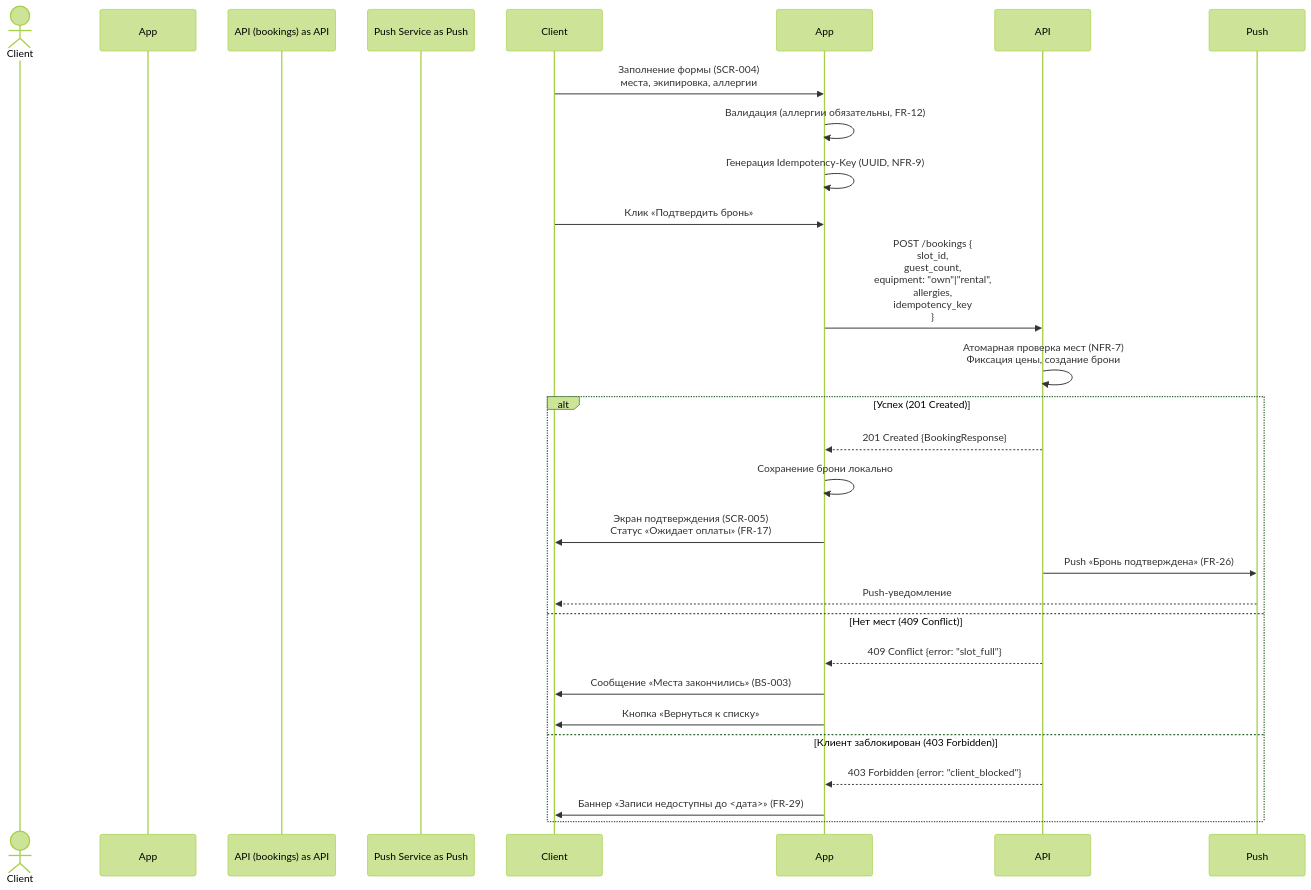
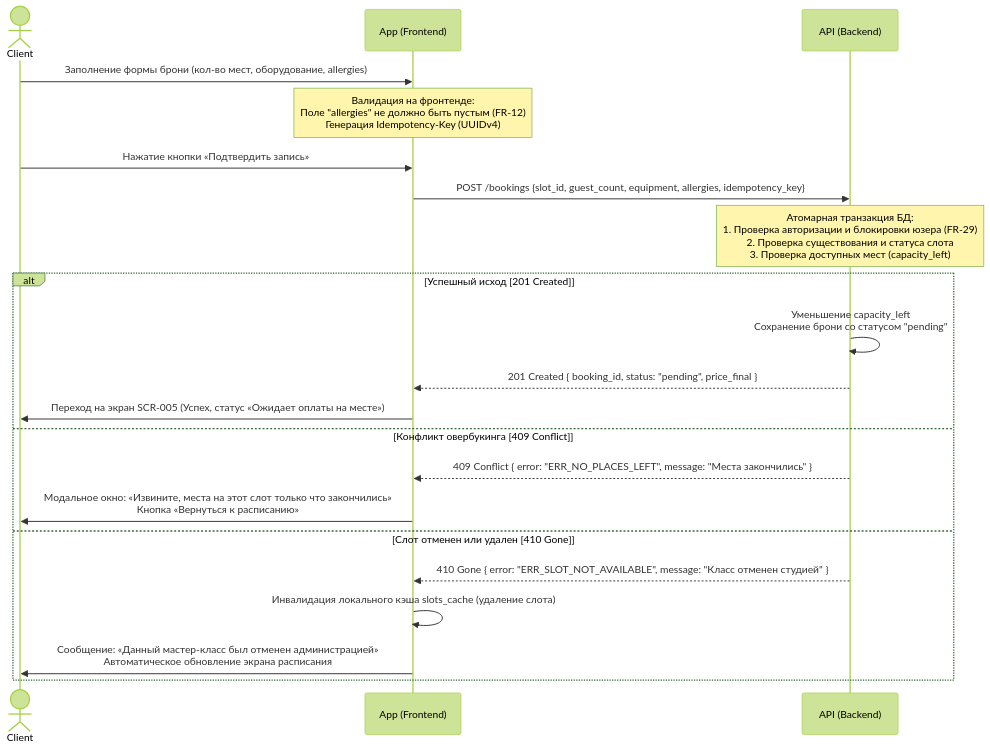
Before and after one commit to volchonok-a/cooking-studio-summer-school: the second of 3 diagrams in 01-analytics/4-design/api-sequence.md, drawn with Mermaid (forest theme). The commit also changed other lines of this file and 2 other files, not shown here.

````diff
--- a/01-analytics/4-design/api-sequence.md
+++ b/01-analytics/4-design/api-sequence.md
@@ -50,33 +41,29 @@
 ```mermaid
 sequenceDiagram
     actor Клиент as Client
-    participant Приложение as App
-    participant API (bookings) as API
-    participant Push Service as Push
+    participant App as App (Frontend)
+    participant API as API (Backend)
     
-    Client->>App: Заполнение формы (SCR-004)<br/>места, экипировка, аллергии
-    App->>App: Валидация (аллергии обязательны, FR-12)
-    App->>App: Генерация Idempotency-Key (UUID, NFR-9)
+    Клиент->>App: Заполнение формы брони (кол-во мест, оборудование, allergies)
+    Note over App: Валидация на фронтенде:<br/>Поле "allergies" не должно быть пустым (FR-12)<br/>Генерация Idempotency-Key (UUIDv4)
     
-    Client->>App: Клик «Подтвердить бронь»
-    App->>API: POST /bookings {<br/>  slot_id,<br/>  guest_count,<br/>  equipment: "own"|"rental",<br/>  allergies,<br/>  idempotency_key<br/>}
+    Клиент->>App: Нажатие кнопки «Подтвердить запись»
+    App->>API: POST /bookings {slot_id, guest_count, equipment, allergies, idempotency_key}
     
-    API->>API: Атомарная проверка мест (NFR-7)<br/>Фиксация цены, создание брони
+    Note over API: Атомарная транзакция БД:<br/>1. Проверка авторизации и блокировки юзера (FR-29)<br/>2. Проверка существования и статуса слота<br/>3. Проверка доступных мест (capacity_left)
     
-    alt Успех (201 Created)
-        API-->>App: 201 Created {BookingResponse}
-        App->>App: Сохранение брони локально
-        App->>Client: Экран подтверждения (SCR-005)<br/>Статус «Ожидает оплаты» (FR-17)
-        API->>Push: Push «Бронь подтверждена» (FR-26)
-        Push-->>Client: Push-уведомление
+    alt Успешный исход [201 Created]
+        API->>API: Уменьшение capacity_left<br/>Сохранение брони со статусом "pending"
+        API-->>App: 201 Created { booking_id, status: "pending", price_final }
+        App->>Клиент: Переход на экран SCR-005 (Успех, статус «Ожидает оплаты на месте»)
         
-    else Нет мест (409 Conflict)
-        API-->>App: 409 Conflict {error: "slot_full"}
-        App->>Client: Сообщение «Места закончились» (BS-003)
-        App->>Client: Кнопка «Вернуться к списку»
+    else Конфликт овербукинга [409 Conflict]
+        API-->>App: 409 Conflict { error: "ERR_NO_PLACES_LEFT", message: "Места закончились" }
+        App->>Клиент: Модальное окно: «Извините, места на этот слот только что закончились»<br/>Кнопка «Вернуться к расписанию»
         
-    else Клиент заблокирован (403 Forbidden)
-        API-->>App: 403 Forbidden {error: "client_blocked"}
-        App->>Client: Баннер «Записи недоступны до <дата>» (FR-29)
+    else Слот отменен или удален [410 Gone]
+        API-->>App: 410 Gone { error: "ERR_SLOT_NOT_AVAILABLE", message: "Класс отменен студией" }
+        App->>App: Инвалидация локального кэша slots_cache (удаление слота)
+        App->>Клиент: Сообщение: «Данный мастер-класс был отменен администрацией»<br/>Автоматическое обновление экрана расписания
     end
 ```
````
